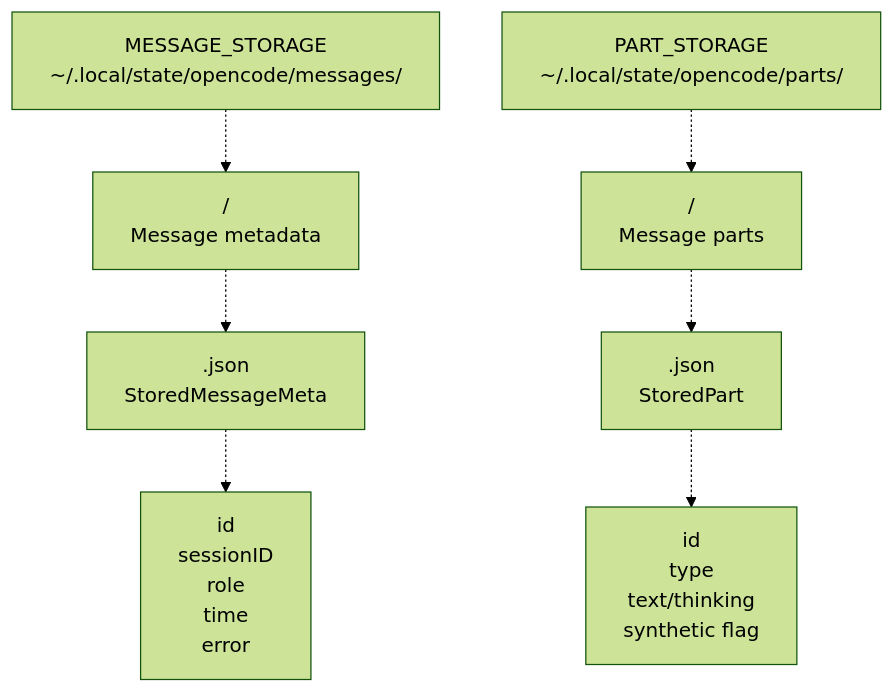
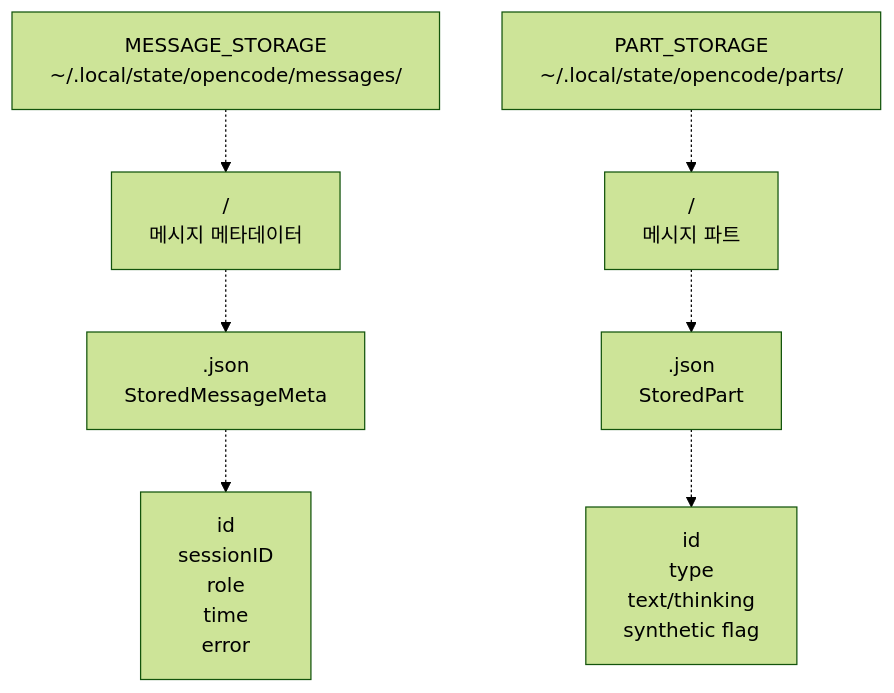
Before and after one commit to felipetruman/oh-my-opencode-docs: the seventh of 8 diagrams in docs/reliability/session-recovery.md, drawn with Mermaid (forest theme). The commit also changed other lines of this file and 76 other files, not shown here.

````diff
--- a/docs/reliability/session-recovery.md
+++ b/docs/reliability/session-recovery.md
@@ -329,19 +323,19 @@
 ```mermaid
 flowchart TD
 
 MessageStorage["MESSAGE_STORAGE<br>~/.local/state/opencode/messages/"]
-SessionDir["/<br>Message metadata"]
+SessionDir["/<br>메시지 메타데이터"]
 MessageFile[".json<br>StoredMessageMeta"]
 PartStorage["PART_STORAGE<br>~/.local/state/opencode/parts/"]
-PartDir["/<br>Message parts"]
+PartDir["/<br>메시지 파트"]
 PartFile[".json<br>StoredPart"]
 Meta["id<br>sessionID<br>role<br>time<br>error"]
 Part["id<br>type<br>text/thinking<br>synthetic flag"]
 
 MessageStorage -.-> SessionDir
 SessionDir -.-> MessageFile
 PartStorage -.-> PartDir
 PartDir -.-> PartFile
 MessageFile -.-> Meta
 PartFile -.-> Part
 ```
````
